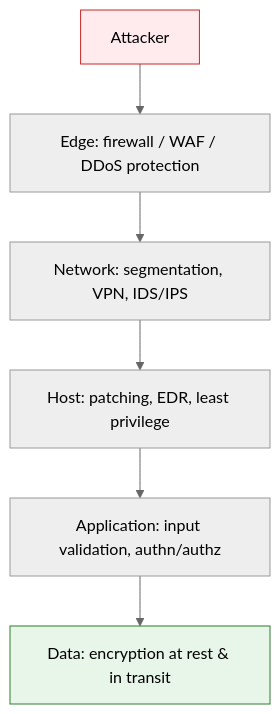
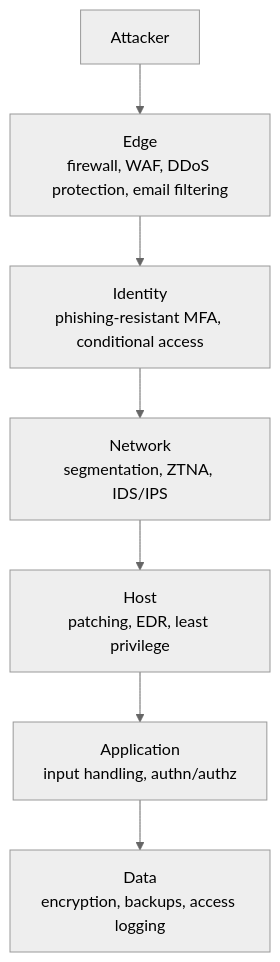
One commit to AndrewAltimit/Documentation changed the first of 6 diagrams in github-pages/docs/technology/cybersecurity/attacks-and-defense.md. Above: the diagram before and after it, drawn with Mermaid (neutral theme). The commit also changed other lines of this file and 240 other files, not shown here.

````diff
--- a/github-pages/docs/technology/cybersecurity/attacks-and-defense.md
+++ b/github-pages/docs/technology/cybersecurity/attacks-and-defense.md
@@ -22,10 +21,9 @@
 ```mermaid
 flowchart TD
-    A["Attacker"] --> E["Edge: firewall / WAF / DDoS protection"]
-    E --> N["Network: segmentation, VPN, IDS/IPS"]
-    N --> H["Host: patching, EDR, least privilege"]
-    H --> APP["Application: input validation, authn/authz"]
-    APP --> D["Data: encryption at rest & in transit"]
-    style A fill:#ffebee,stroke:#c62828
-    style D fill:#e8f5e9,stroke:#2e7d32
+    A["Attacker"] --> E["Edge<br/>firewall, WAF, DDoS protection, email filtering"]
+    E --> I["Identity<br/>phishing-resistant MFA, conditional access"]
+    I --> N["Network<br/>segmentation, ZTNA, IDS/IPS"]
+    N --> H["Host<br/>patching, EDR, least privilege"]
+    H --> APP["Application<br/>input handling, authn/authz"]
+    APP --> D["Data<br/>encryption, backups, access logging"]
 ```
````
